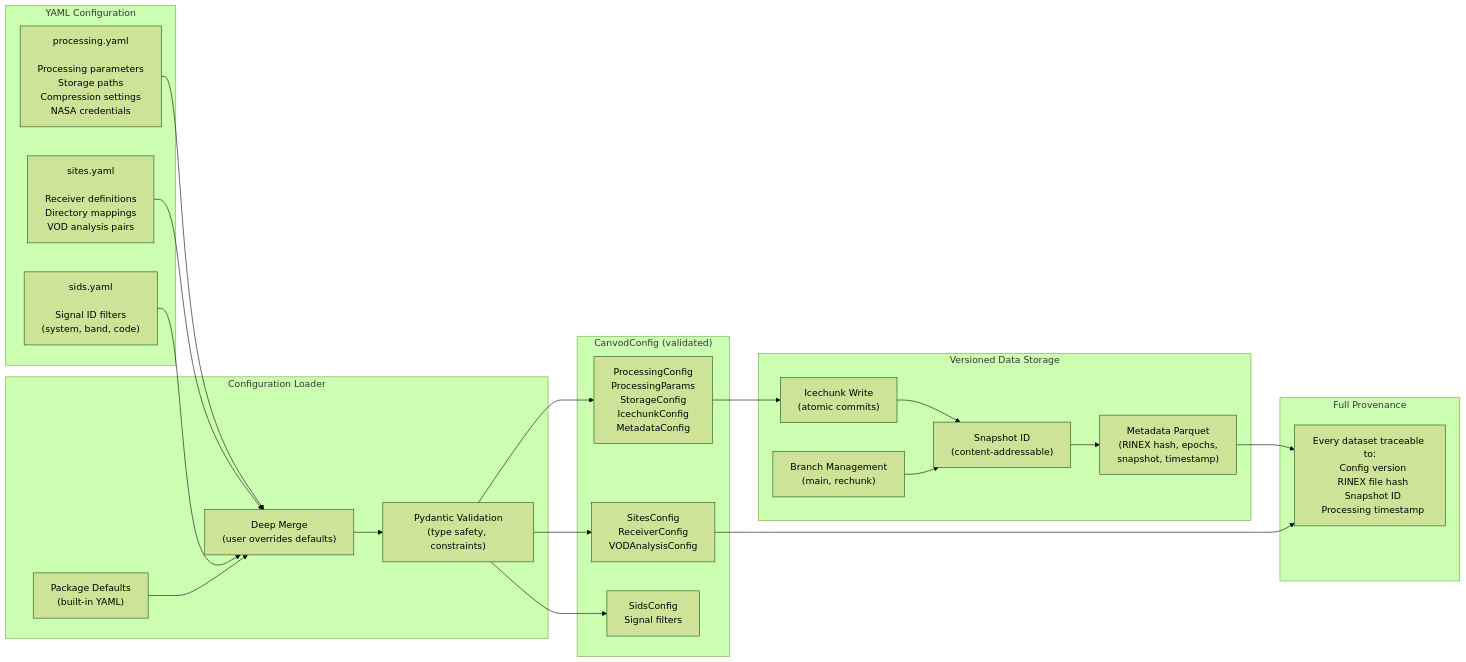
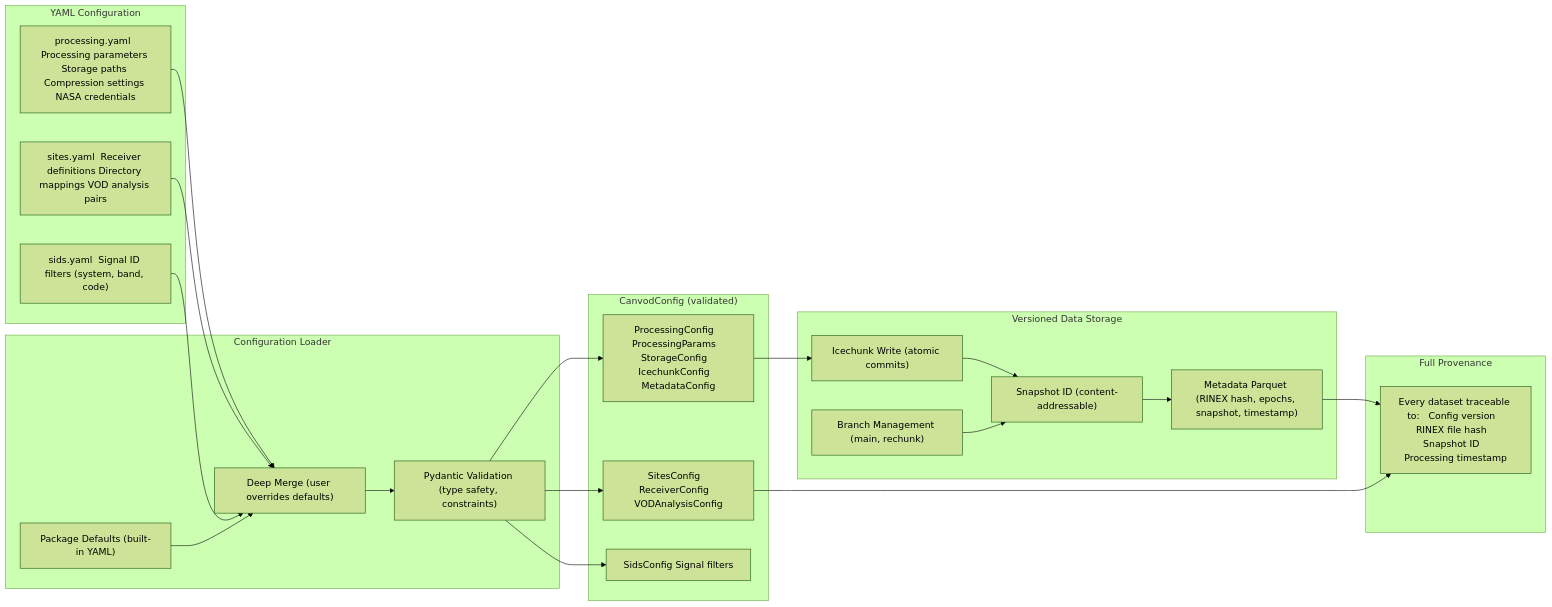
One commit to mfkiwl/canvodpy changed the second of 2 diagrams in docs/guides/architecture-design.md. Above: the diagram before and after it, drawn with Mermaid (forest theme). The commit also changed other lines of this file and 3 other files, not shown here.

Commit message:
docs: removed line break characters from mermais graphs

````diff
--- a/docs/guides/architecture-design.md
+++ b/docs/guides/architecture-design.md
@@ -248,47 +248,47 @@
 ```mermaid
 flowchart LR
     subgraph CONFIG["YAML Configuration"]
-        PROC["processing.yaml\n\nProcessing parameters\nStorage paths\nCompression settings\nNASA credentials"]
-        SITES["sites.yaml\n\nReceiver definitions\nDirectory mappings\nVOD analysis pairs"]
-        SIDS["sids.yaml\n\nSignal ID filters\n(system, band, code)"]
+        PROC["processing.yaml  Processing parameters Storage paths Compression settings NASA credentials"]
+        SITES["sites.yaml  Receiver definitions Directory mappings VOD analysis pairs"]
+        SIDS["sids.yaml  Signal ID filters (system, band, code)"]
     end
 
     subgraph LOADER["Configuration Loader"]
-        DEFAULTS["Package Defaults\n(built-in YAML)"]
-        MERGE["Deep Merge\n(user overrides defaults)"]
-        PYDANTIC["Pydantic Validation\n(type safety, constraints)"]
+        DEFAULTS["Package Defaults (built-in YAML)"]
+        MERGE["Deep Merge (user overrides defaults)"]
+        PYDANTIC["Pydantic Validation (type safety, constraints)"]
     end
 
     subgraph VALIDATED["CanvodConfig (validated)"]
-        PC["ProcessingConfig\n  ProcessingParams\n  StorageConfig\n  IcechunkConfig\n  MetadataConfig"]
-        SC["SitesConfig\n  ReceiverConfig\n  VODAnalysisConfig"]
-        SIC["SidsConfig\n  Signal filters"]
+        PC["ProcessingConfig   ProcessingParams   StorageConfig   IcechunkConfig   MetadataConfig"]
+        SC["SitesConfig   ReceiverConfig   VODAnalysisConfig"]
+        SIC["SidsConfig   Signal filters"]
     end
 
     subgraph VERSIONED["Versioned Data Storage"]
-        IC_WRITE["Icechunk Write\n(atomic commits)"]
-        SNAPSHOT["Snapshot ID\n(content-addressable)"]
-        BRANCH["Branch Management\n(main, rechunk)"]
-        METADATA["Metadata Parquet\n(RINEX hash, epochs,\nsnapshot, timestamp)"]
+        IC_WRITE["Icechunk Write (atomic commits)"]
+        SNAPSHOT["Snapshot ID (content-addressable)"]
+        BRANCH["Branch Management (main, rechunk)"]
+        METADATA["Metadata Parquet (RINEX hash, epochs, snapshot, timestamp)"]
     end
 
     subgraph PROVENANCE["Full Provenance"]
-        TRACE["Every dataset traceable to:\n  Config version\n  RINEX file hash\n  Snapshot ID\n  Processing timestamp"]
+        TRACE["Every dataset traceable to:   Config version   RINEX file hash   Snapshot ID   Processing timestamp"]
     end
 
     PROC --> MERGE
     SITES --> MERGE
     SIDS --> MERGE
     DEFAULTS --> MERGE
     MERGE --> PYDANTIC
     PYDANTIC --> PC
     PYDANTIC --> SC
     PYDANTIC --> SIC
 
     PC --> IC_WRITE
     IC_WRITE --> SNAPSHOT
     SNAPSHOT --> METADATA
     BRANCH --> SNAPSHOT
     METADATA --> TRACE
     SC --> TRACE
 ```
````
